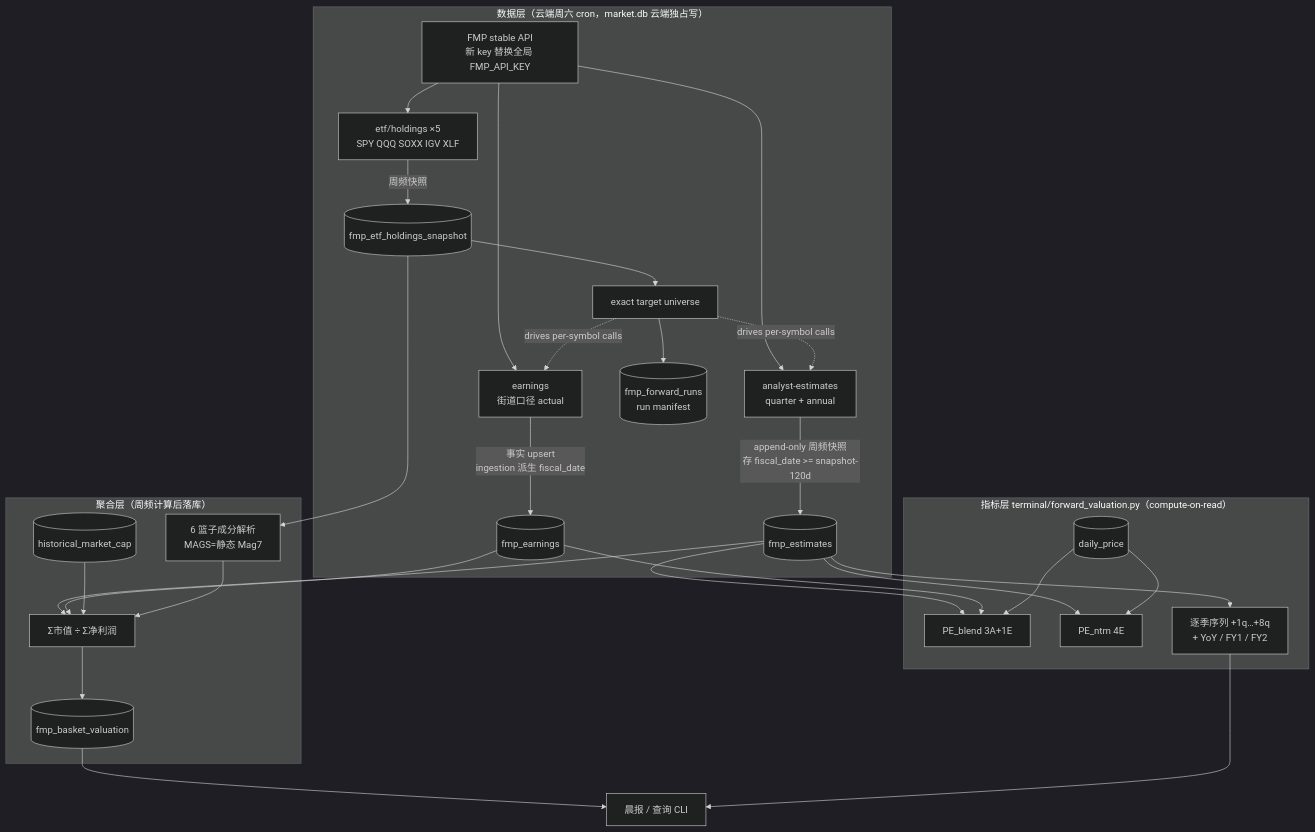
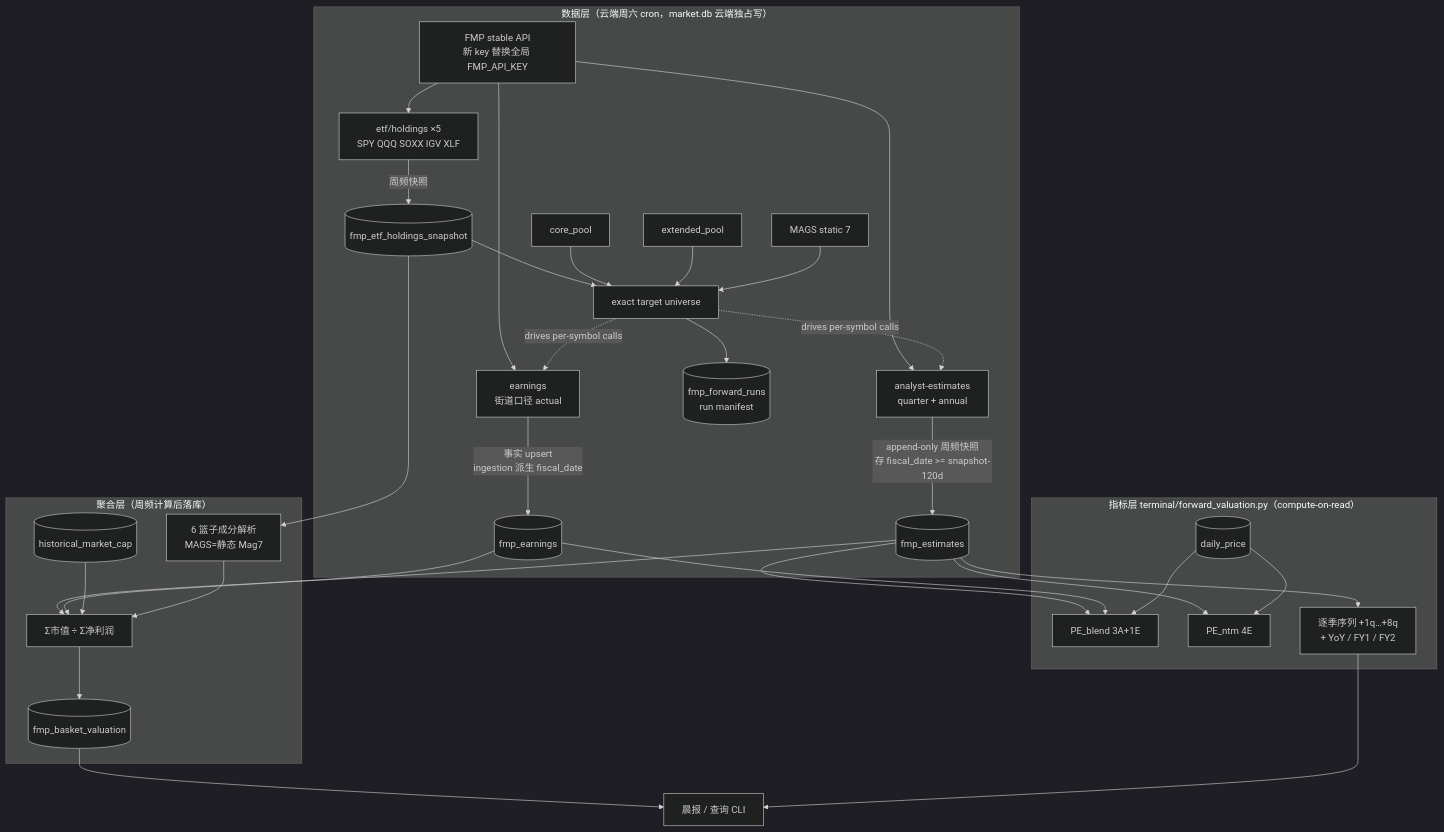
The diagram in docs/design/2026-07-09-fmp-forward-eps-valuation-spec.md (owenliang60-ship-it/finance), drawn with Mermaid (dark theme) before and after one commit. The commit also changed other lines of this file and 1 other file, not shown here.

````diff
--- a/docs/design/2026-07-09-fmp-forward-eps-valuation-spec.md
+++ b/docs/design/2026-07-09-fmp-forward-eps-valuation-spec.md
@@ -28,31 +29,35 @@
 ```mermaid
 flowchart TB
     subgraph 数据层["数据层（云端周六 cron，market.db 云端独占写）"]
         FMP[FMP stable API<br/>新 key 替换全局 FMP_API_KEY]
         H[etf/holdings ×5<br/>SPY QQQ SOXX IGV XLF]
         E[analyst-estimates<br/>quarter + annual]
         A[earnings<br/>街道口径 actual]
+        C[core_pool]
+        X[extended_pool]
+        M[MAGS static 7]
         FMP --> H & E & A
         E -->|append-only 周频快照<br/>存 fiscal_date >= snapshot-120d| T1[(fmp_estimates)]
         A -->|事实 upsert<br/>ingestion 派生 fiscal_date| T2[(fmp_earnings)]
         H -->|周频快照| T4[(fmp_etf_holdings_snapshot)]
         T4 --> U[exact target universe]
+        C & X & M --> U
         U --> T5[(fmp_forward_runs<br/>run manifest)]
         U -. drives per-symbol calls .-> E & A
     end
     subgraph 指标层["指标层 terminal/forward_valuation.py（compute-on-read）"]
         T1 & T2 --> PE1[PE_blend 3A+1E]
         T1 --> PE2[PE_ntm 4E]
         T1 --> SEQ[逐季序列 +1q…+8q<br/>+ YoY / FY1 / FY2]
         P[(daily_price)] --> PE1 & PE2
     end
     subgraph 聚合层["聚合层（周频计算后落库）"]
         T4 --> BK[6 篮子成分解析<br/>MAGS=静态 Mag7]
         T1 & T2 --> AGG[Σ市值 ÷ Σ净利润]
         MC[(historical_market_cap)] --> AGG
         BK --> AGG
         AGG --> T3[(fmp_basket_valuation)]
     end
     T3 --> R[晨报 / 查询 CLI]
     SEQ --> R
 ```
````
